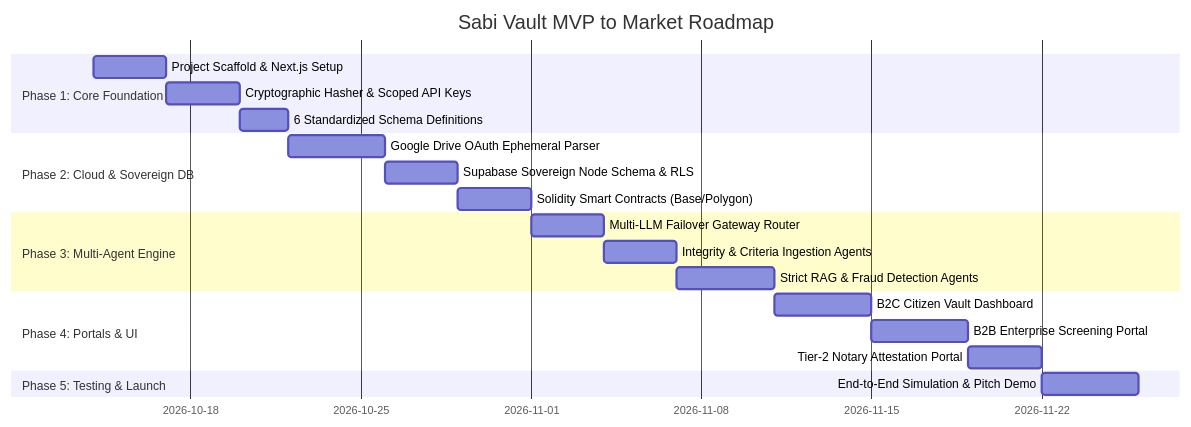
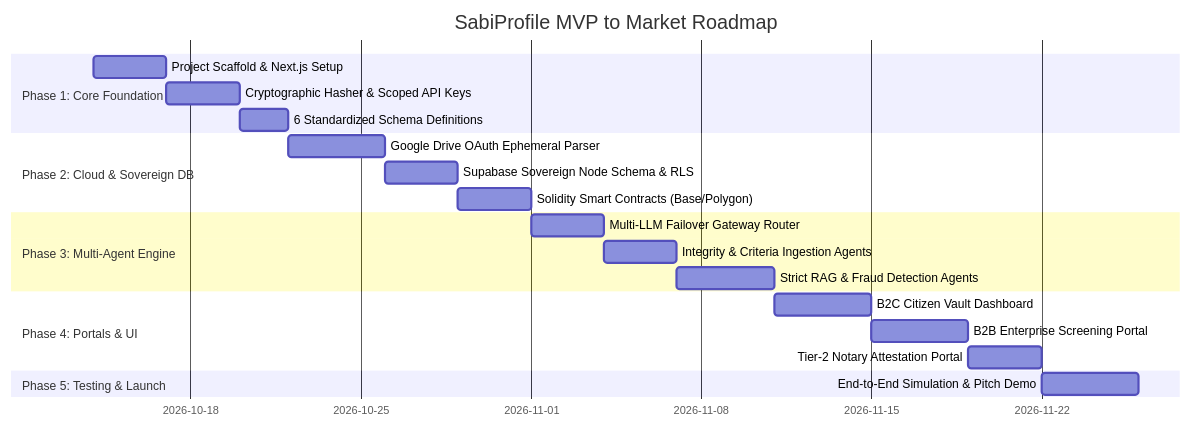
One commit to DigiBusTech/sabi-vault changed the third of 3 diagrams in IMPLEMENTATION_PLAN.md. Above: the diagram before and after it, drawn with Mermaid. The commit also changed other lines of this file and 55 other files, not shown here.

````diff
--- a/IMPLEMENTATION_PLAN.md
+++ b/IMPLEMENTATION_PLAN.md
@@ -180,23 +180,23 @@
 ```mermaid
 gantt
-    title Sabi Vault MVP to Market Roadmap
+    title SabiProfile MVP to Market Roadmap
     dateFormat  YYYY-MM-DD
     section Phase 1: Core Foundation
     Project Scaffold & Next.js Setup        :2026-10-14, 3d
     Cryptographic Hasher & Scoped API Keys   :2026-10-17, 3d
     6 Standardized Schema Definitions       :2026-10-20, 2d
     section Phase 2: Cloud & Sovereign DB
     Google Drive OAuth Ephemeral Parser     :2026-10-22, 4d
     Supabase Sovereign Node Schema & RLS    :2026-10-26, 3d
     Solidity Smart Contracts (Base/Polygon) :2026-10-29, 3d
     section Phase 3: Multi-Agent Engine
     Multi-LLM Failover Gateway Router       :2026-11-01, 3d
     Integrity & Criteria Ingestion Agents   :2026-11-04, 3d
     Strict RAG & Fraud Detection Agents     :2026-11-07, 4d
     section Phase 4: Portals & UI
     B2C Citizen Vault Dashboard             :2026-11-11, 4d
     B2B Enterprise Screening Portal         :2026-11-15, 4d
     Tier-2 Notary Attestation Portal        :2026-11-19, 3d
     section Phase 5: Testing & Launch
     End-to-End Simulation & Pitch Demo      :2026-11-22, 4d
 ```
````
